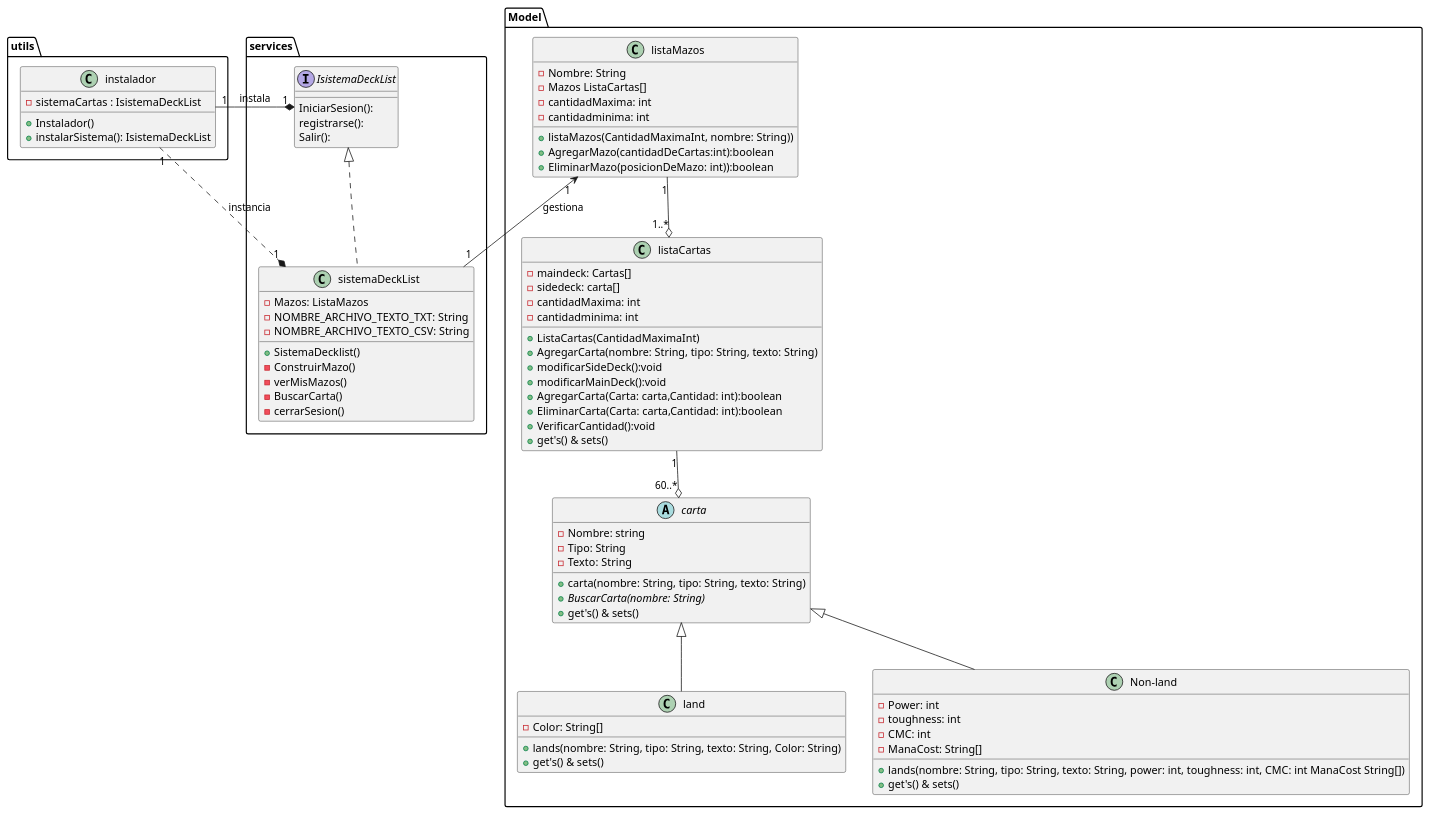
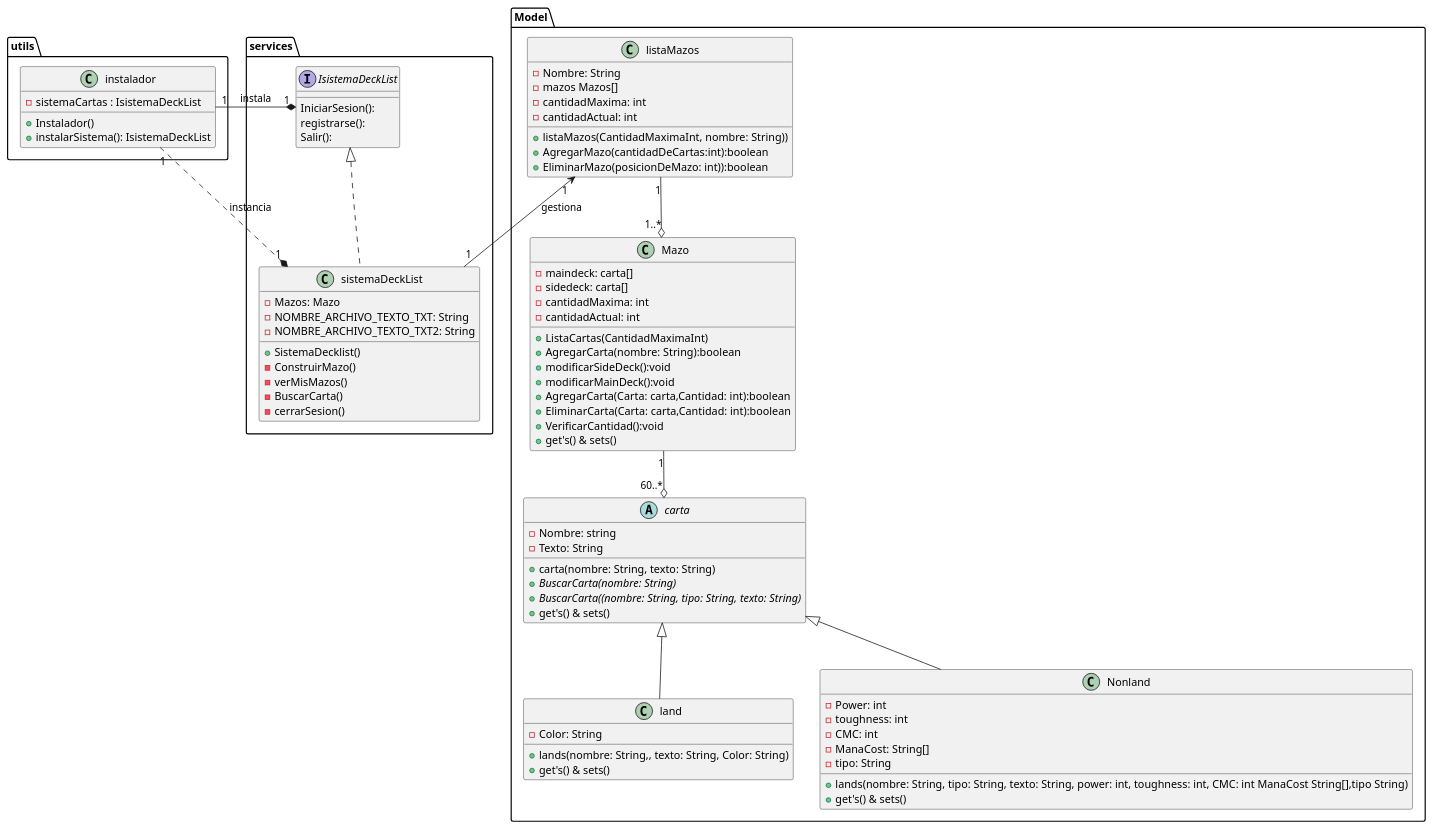
The diagram in src/Class.puml (crimaxi/-PA-Taller2_CortesChristopher_EspinozaRomina), drawn with PlantUML before and after one commit. The commit also changed 8 other files, not shown here.

```diff
--- a/src/Class.puml
+++ b/src/Class.puml
@@ -1,88 +1,89 @@
 @startuml
 package Model{
 abstract carta{
 -Nombre: string
--Tipo: String
 -Texto: String
-+carta(nombre: String, tipo: String, texto: String)
++carta(nombre: String, texto: String)
 +{abstract}BuscarCarta(nombre: String)
++{abstract}BuscarCarta((nombre: String, tipo: String, texto: String)
 +get's() & sets()
 
 }
 class land extends carta{
--Color: String[]
-+lands(nombre: String, tipo: String, texto: String, Color: String)
+-Color: String
++lands(nombre: String,, texto: String, Color: String)
 +get's() & sets()
 }
 
-class Non-land extends carta{
+class Nonland extends carta{
 -Power: int
 -toughness: int
 -CMC: int
 -ManaCost: String[]
-+lands(nombre: String, tipo: String, texto: String, power: int, toughness: int, CMC: int ManaCost String[])
+-tipo: String
++lands(nombre: String, tipo: String, texto: String, power: int, toughness: int, CMC: int ManaCost String[],tipo String)
 +get's() & sets()
 }
 
-class listaCartas{
--maindeck: Cartas[]
+class Mazo{
+-maindeck: carta[]
 -sidedeck: carta[]
 -cantidadMaxima: int
--cantidadminima: int
+-cantidadActual: int
 +ListaCartas(CantidadMaximaInt)
-+AgregarCarta(nombre: String, tipo: String, texto: String)
++AgregarCarta(nombre: String):boolean
 +modificarSideDeck():void
 +modificarMainDeck():void
 +AgregarCarta(Carta: carta,Cantidad: int):boolean
 +EliminarCarta(Carta: carta,Cantidad: int):boolean
 +VerificarCantidad():void
 +get's() & sets()
 }
 
 class listaMazos{
 -Nombre: String
--Mazos ListaCartas[]
+-mazos Mazos[]
 -cantidadMaxima: int
--cantidadminima: int
+-cantidadActual: int
 +listaMazos(CantidadMaximaInt, nombre: String))
 +AgregarMazo(cantidadDeCartas:int):boolean
 +EliminarMazo(posicionDeMazo: int)):boolean
 
 }
 
 }
 package utils{
 class instalador{
     - sistemaCartas : IsistemaDeckList
 	+ Instalador()
 	+ instalarSistema(): IsistemaDeckList
 }
 
 }
 package services{
 interface IsistemaDeckList{
 IniciarSesion():
 registrarse():
 Salir():
 }
 
 
 Class sistemaDeckList implements IsistemaDeckList{
--Mazos: ListaMazos
+-Mazos: Mazo
 -NOMBRE_ARCHIVO_TEXTO_TXT: String
--NOMBRE_ARCHIVO_TEXTO_CSV: String
+-NOMBRE_ARCHIVO_TEXTO_TXT2: String
 
 +SistemaDecklist()
 -ConstruirMazo()
 -verMisMazos()
 -BuscarCarta()
 -cerrarSesion()
 }
 
 listaMazos "1" <-- "1" sistemaDeckList: gestiona
 instalador "1"---right--*"1" IsistemaDeckList:  instala
 instalador "1"..* "1" sistemaDeckList: instancia
-listaCartas "1"--o "60..*" carta
-listaMazos "1" --o "1..*" listaCartas
+Mazo "1"--o "60..*" carta
+listaMazos "1" --o "1..*" Mazo
 }
 @enduml
```
